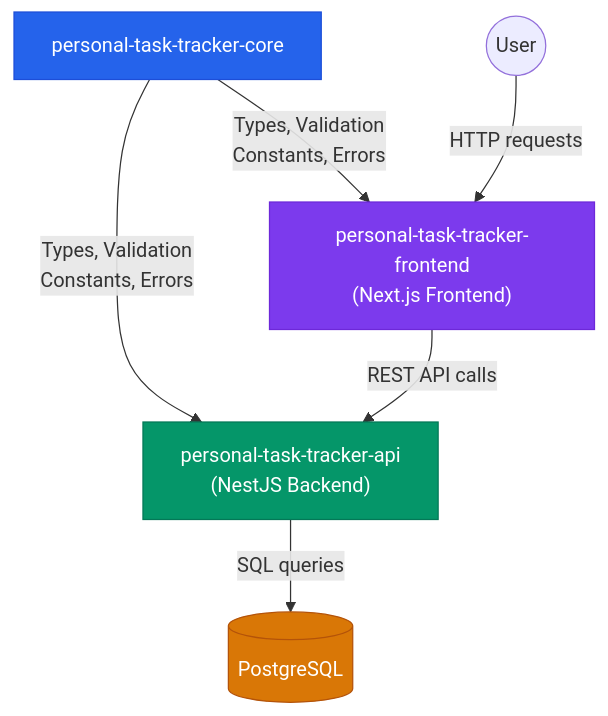
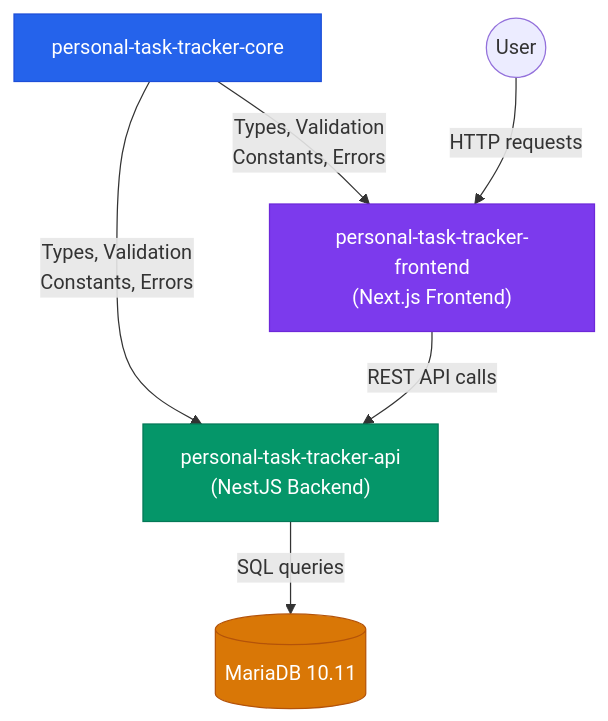
Before and after one commit to nurulizyansyaza/personal-task-tracker-core: the diagram in README.md, drawn with Mermaid. The commit also changed other lines of this file, not shown here.

````diff
--- a/README.md
+++ b/README.md
@@ -650,20 +650,20 @@
 ```mermaid
 graph TD
  CORE["personal-task-tracker-core"]
  API["personal-task-tracker-api<br/>(NestJS Backend)"]
  FE["personal-task-tracker-frontend<br/>(Next.js Frontend)"]
- DB[(PostgreSQL)]
+ DB[(MariaDB 10.11)]
  USER((User))
 
  CORE -->|"Types, Validation<br/>Constants, Errors"| API
  CORE -->|"Types, Validation<br/>Constants, Errors"| FE
 
  USER -->|"HTTP requests"| FE
  FE -->|"REST API calls"| API
  API -->|"SQL queries"| DB
 
  style CORE fill:#2563eb,stroke:#1d4ed8,color:#fff
  style API fill:#059669,stroke:#047857,color:#fff
  style FE fill:#7c3aed,stroke:#6d28d9,color:#fff
  style DB fill:#d97706,stroke:#b45309,color:#fff
 ```
````
